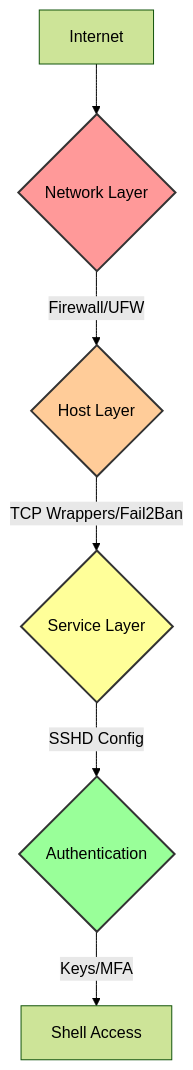
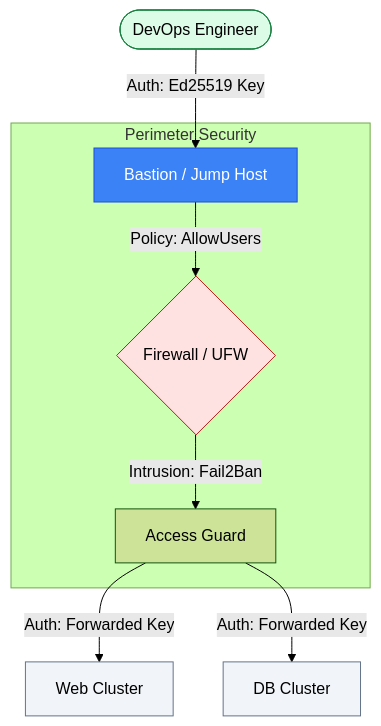
The diagram in 2-Intermediate/01-Phase-1/02-Linux/SSH/01-Best-Practices/README.md (Ganil151/Devops), drawn with Mermaid (forest theme) before and after one commit. The commit also changed other lines of this file and 53 other files, not shown here.

````diff
--- a/2-Intermediate/01-Phase-1/02-Linux/SSH/01-Best-Practices/README.md
+++ b/2-Intermediate/01-Phase-1/02-Linux/SSH/01-Best-Practices/README.md
@@ -9,13 +5,18 @@
 ```mermaid
 graph TD
-    A[Internet] --> B{Network Layer};
-    B -- Firewall/UFW --> C{Host Layer};
-    C -- TCP Wrappers/Fail2Ban --> D{Service Layer};
-    D -- SSHD Config --> E{Authentication};
-    E -- Keys/MFA --> F[Shell Access];
+    User([DevOps Engineer]) -->|Auth: Ed25519 Key| Jump[Bastion / Jump Host]
     
-    style B fill:#ff9999,stroke:#333,stroke-width:2px
-    style C fill:#ffcc99,stroke:#333,stroke-width:2px
-    style D fill:#ffff99,stroke:#333,stroke-width:2px
-    style E fill:#99ff99,stroke:#333,stroke-width:2px
+    subgraph Perimeter_Defense[Perimeter Security]
+        Jump -->|Policy: AllowUsers| FW{Firewall / UFW}
+        FW -->|Intrusion: Fail2Ban| Guard[Access Guard]
+    end
+
+    Guard -->|Auth: Forwarded Key| Web[Web Cluster]
+    Guard -->|Auth: Forwarded Key| DB[DB Cluster]
+
+    style User fill:#dcfce7,stroke:#15803d
+    style Jump fill:#3b82f6,stroke:#1d4ed8,color:#fff
+    style FW fill:#fee2e2,stroke:#b91c1c
+    style Web fill:#f1f5f9,stroke:#64748b
+    style DB fill:#f1f5f9,stroke:#64748b
 ```
````
